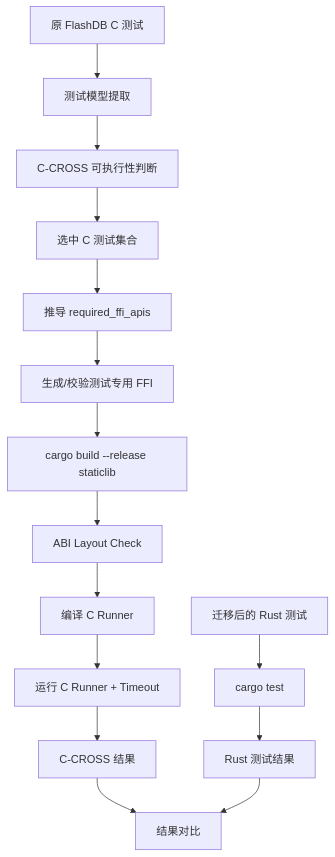
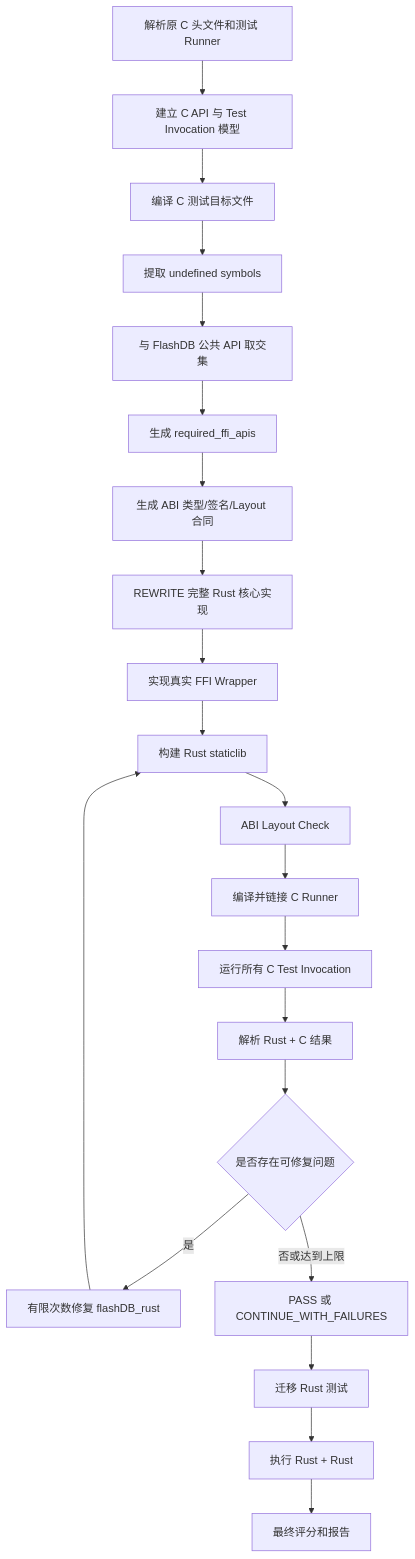
One commit to wsjq5477/2026-C2Rust-BenchMark changed the diagram in design_doc/FlashDB_C_CROSS_设计说明书.md. Above: the diagram before and after it, drawn with Mermaid. The commit also changed other lines of this file and 26 other files, not shown here.

Commit message:
Refactor FlashDB migration workbench contracts and validation flow

````diff
--- a/design_doc/FlashDB_C_CROSS_设计说明书.md
+++ b/design_doc/FlashDB_C_CROSS_设计说明书.md
@@ -110,17 +133,23 @@
 ```mermaid
 flowchart TD
-    A[原 FlashDB C 测试] --> B[测试模型提取]
-    B --> C[C-CROSS 可执行性判断]
-    C --> D[选中 C 测试集合]
-    D --> E[推导 required_ffi_apis]
-    E --> F[生成/校验测试专用 FFI]
-    F --> G[cargo build --release staticlib]
-    G --> H[ABI Layout Check]
-    H --> I[编译 C Runner]
-    I --> J[运行 C Runner + Timeout]
-    J --> K[C-CROSS 结果]
-    L[迁移后的 Rust 测试] --> M[cargo test]
-    M --> N[Rust 测试结果]
-    K --> O[结果对比]
-    N --> O
+    A[解析原 C 头文件和测试 Runner] --> B[建立 C API 与 Test Invocation 模型]
+    B --> C[编译 C 测试目标文件]
+    C --> D[提取 undefined symbols]
+    D --> E[与 FlashDB 公共 API 取交集]
+    E --> F[生成 required_ffi_apis]
+    F --> G[生成 ABI 类型/签名/Layout 合同]
+    G --> H[REWRITE 完整 Rust 核心实现]
+    H --> I[实现真实 FFI Wrapper]
+    I --> J[构建 Rust staticlib]
+    J --> K[ABI Layout Check]
+    K --> L[编译并链接 C Runner]
+    L --> M[运行所有 C Test Invocation]
+    M --> N[解析 Rust + C 结果]
+    N --> O{是否存在可修复问题}
+    O -->|是| P[有限次数修复 flashDB_rust]
+    P --> J
+    O -->|否或达到上限| Q[PASS 或 CONTINUE_WITH_FAILURES]
+    Q --> R[迁移 Rust 测试]
+    R --> S[执行 Rust + Rust]
+    S --> T[最终评分和报告]
 ```
````
